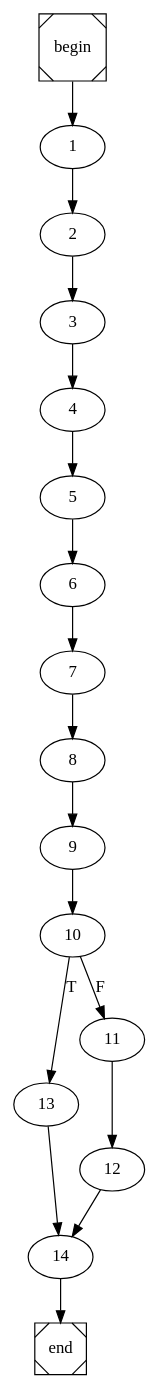
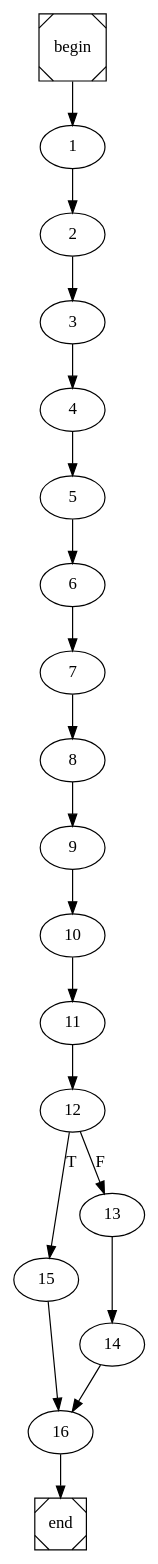
The diagram in performSingleEstimate.dot (pedrojfs17/FEUP-COMP), drawn with Graphviz before and after one commit. The commit also changed 7 other files, not shown here.

```diff
--- a/performSingleEstimate.dot
+++ b/performSingleEstimate.dot
@@ -1,4 +1,4 @@
 digraph cfg {
 	begin [shape=Msquare];
 	end [shape=Msquare];
-	begin -> 1;	1 -> 2;	2 -> 3;	3 -> 4;	4 -> 5;	5 -> 6;	6 -> 7;	7 -> 8;	8 -> 9;	9 -> 10;	10 -> 13[label=T];	10 -> 11[label=F];	11 -> 12;	12 -> 14;	13 -> 14;	14 -> end;}
+	begin -> 1;	1 -> 2;	2 -> 3;	3 -> 4;	4 -> 5;	5 -> 6;	6 -> 7;	7 -> 8;	8 -> 9;	9 -> 10;	10 -> 11;	11 -> 12;	12 -> 15[label=T];	12 -> 13[label=F];	13 -> 14;	14 -> 16;	15 -> 16;	16 -> end;}
```
